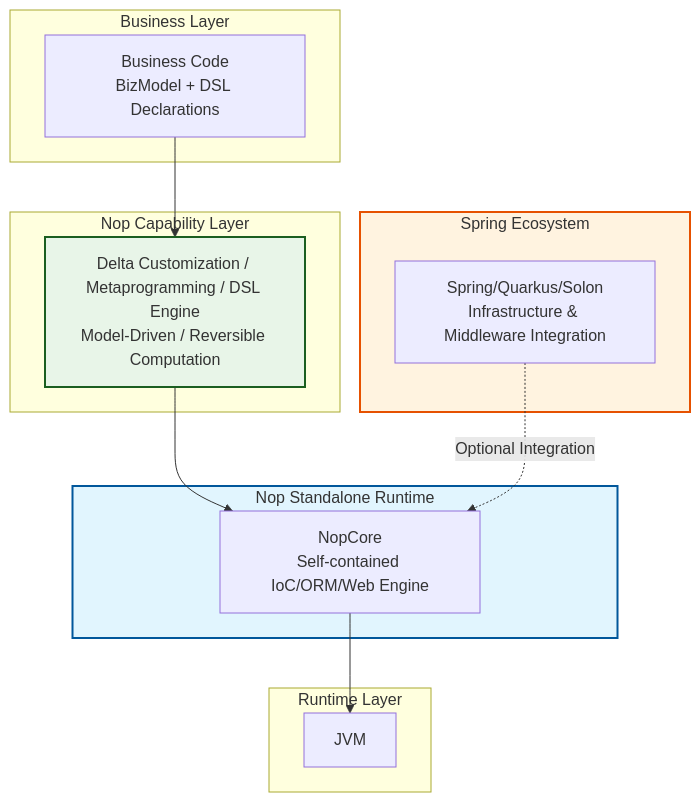
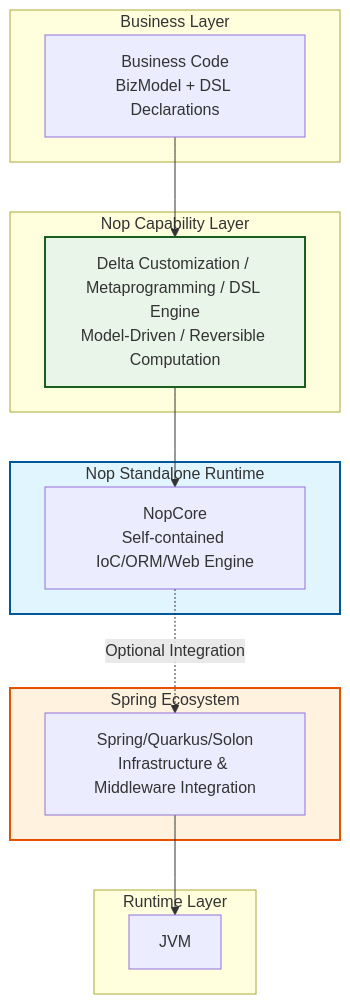
Before and after one commit to entropy-cloud/nop-entropy: the diagram in docs/theory/nop-platform-learning-cost.md, drawn with Mermaid. The commit also changed 1 other file, not shown here.

````diff
--- a/docs/theory/nop-platform-learning-cost.md
+++ b/docs/theory/nop-platform-learning-cost.md
@@ -27,31 +27,31 @@
 ```mermaid
 flowchart TD
     subgraph BusinessLayer[Business Layer]
         A[Business Code<br>BizModel + DSL Declarations]
     end
     
     subgraph NopCapabilityLayer[Nop Capability Layer]
         B[Delta Customization / Metaprogramming / DSL Engine<br>Model-Driven / Reversible Computation]
     end
     
     subgraph NopRuntime[Nop Standalone Runtime]
         C[NopCore<br>Self-contained IoC/ORM/Web Engine]
     end
     
     subgraph SpringEcosystem[Spring Ecosystem]
         D[Spring/Quarkus/Solon<br>Infrastructure & Middleware Integration]
     end
     
     subgraph RuntimeLayer[Runtime Layer]
         E[JVM]
     end
 
     A --> B
     B --> C
-    D -.->|Optional Integration| C
-    C --> E
+    C -.->|Optional Integration| D
+    D --> E
     
     style NopRuntime fill:#e1f5fe,stroke:#01579b,stroke-width:2px
     style SpringEcosystem fill:#fff3e0,stroke:#e65100,stroke-width:2px
     style B fill:#e8f5e8,stroke:#1b5e20,stroke-width:2px
 ```
````
